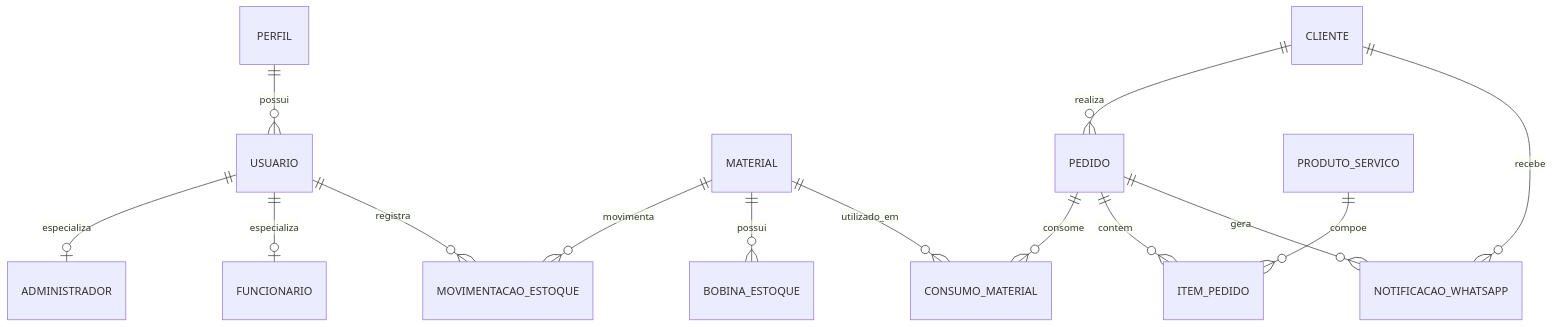
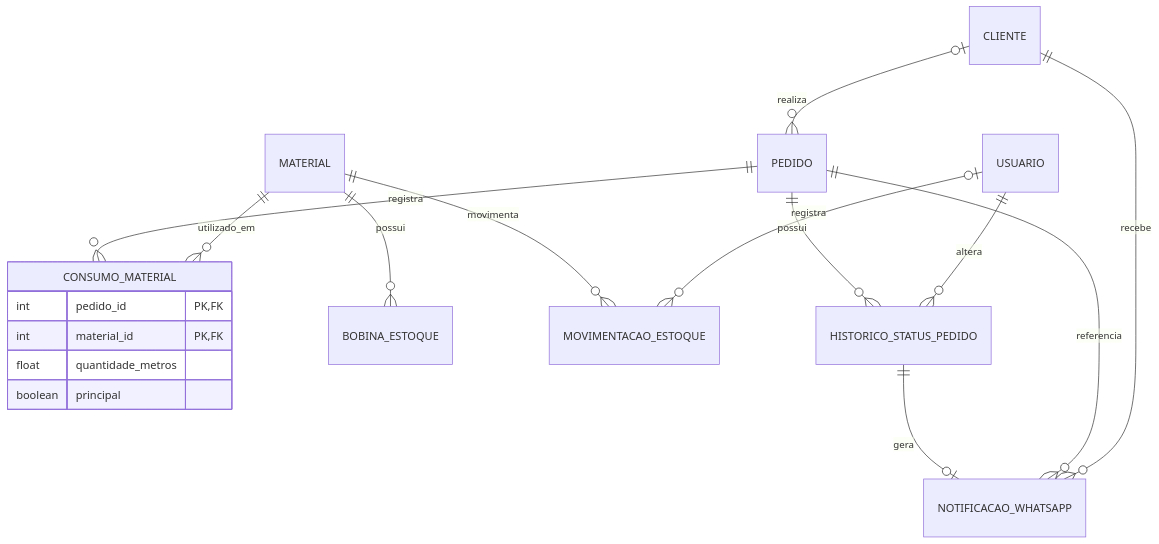
One commit to brenotales1/sistema-pedidos changed the diagram in docs/der.md. Above: the diagram before and after it, drawn with Mermaid. The commit also changed other lines of this file and 40 other files, not shown here.

````diff
--- a/docs/der.md
+++ b/docs/der.md
@@ -5,20 +8,21 @@
 ```mermaid
 erDiagram
-  PERFIL ||--o{ USUARIO : possui
-  USUARIO ||--o| ADMINISTRADOR : especializa
-  USUARIO ||--o| FUNCIONARIO : especializa
+    CLIENTE o|--o{ PEDIDO : realiza
+    PEDIDO ||--o{ CONSUMO_MATERIAL : registra
+    MATERIAL ||--o{ CONSUMO_MATERIAL : utilizado_em
+    MATERIAL ||--o{ BOBINA_ESTOQUE : possui
+    MATERIAL ||--o{ MOVIMENTACAO_ESTOQUE : movimenta
+    USUARIO o|--o{ MOVIMENTACAO_ESTOQUE : registra
+    PEDIDO ||--o{ HISTORICO_STATUS_PEDIDO : possui
+    USUARIO ||--o{ HISTORICO_STATUS_PEDIDO : altera
+    HISTORICO_STATUS_PEDIDO ||--o| NOTIFICACAO_WHATSAPP : gera
+    PEDIDO ||--o{ NOTIFICACAO_WHATSAPP : referencia
+    CLIENTE ||--o{ NOTIFICACAO_WHATSAPP : recebe
 
-  USUARIO ||--o{ MOVIMENTACAO_ESTOQUE : registra
-  MATERIAL ||--o{ MOVIMENTACAO_ESTOQUE : movimenta
-  MATERIAL ||--o{ BOBINA_ESTOQUE : possui
-
-  PEDIDO ||--o{ CONSUMO_MATERIAL : consome
-  MATERIAL ||--o{ CONSUMO_MATERIAL : utilizado_em
-
-  PEDIDO ||--o{ ITEM_PEDIDO : contem
-  PRODUTO_SERVICO ||--o{ ITEM_PEDIDO : compoe
-
-  CLIENTE ||--o{ PEDIDO : realiza
-  PEDIDO ||--o{ NOTIFICACAO_WHATSAPP : gera
-  CLIENTE ||--o{ NOTIFICACAO_WHATSAPP : recebe
+    CONSUMO_MATERIAL {
+        int pedido_id PK,FK
+        int material_id PK,FK
+        float quantidade_metros
+        boolean principal
+    }
 ```
````
